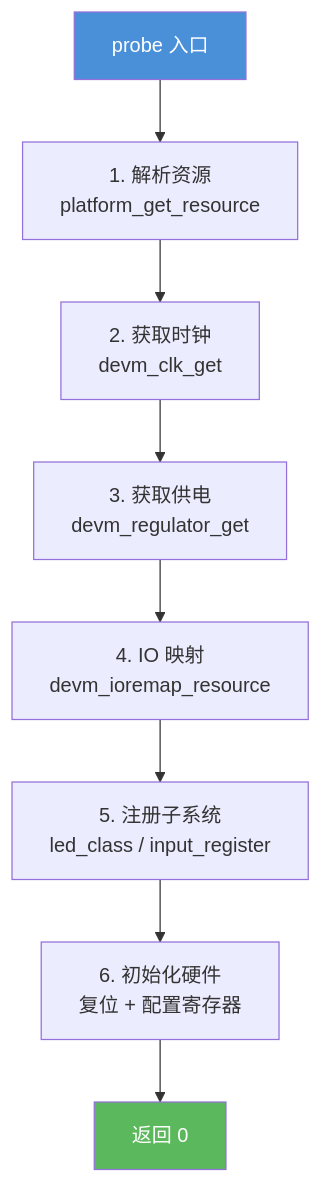
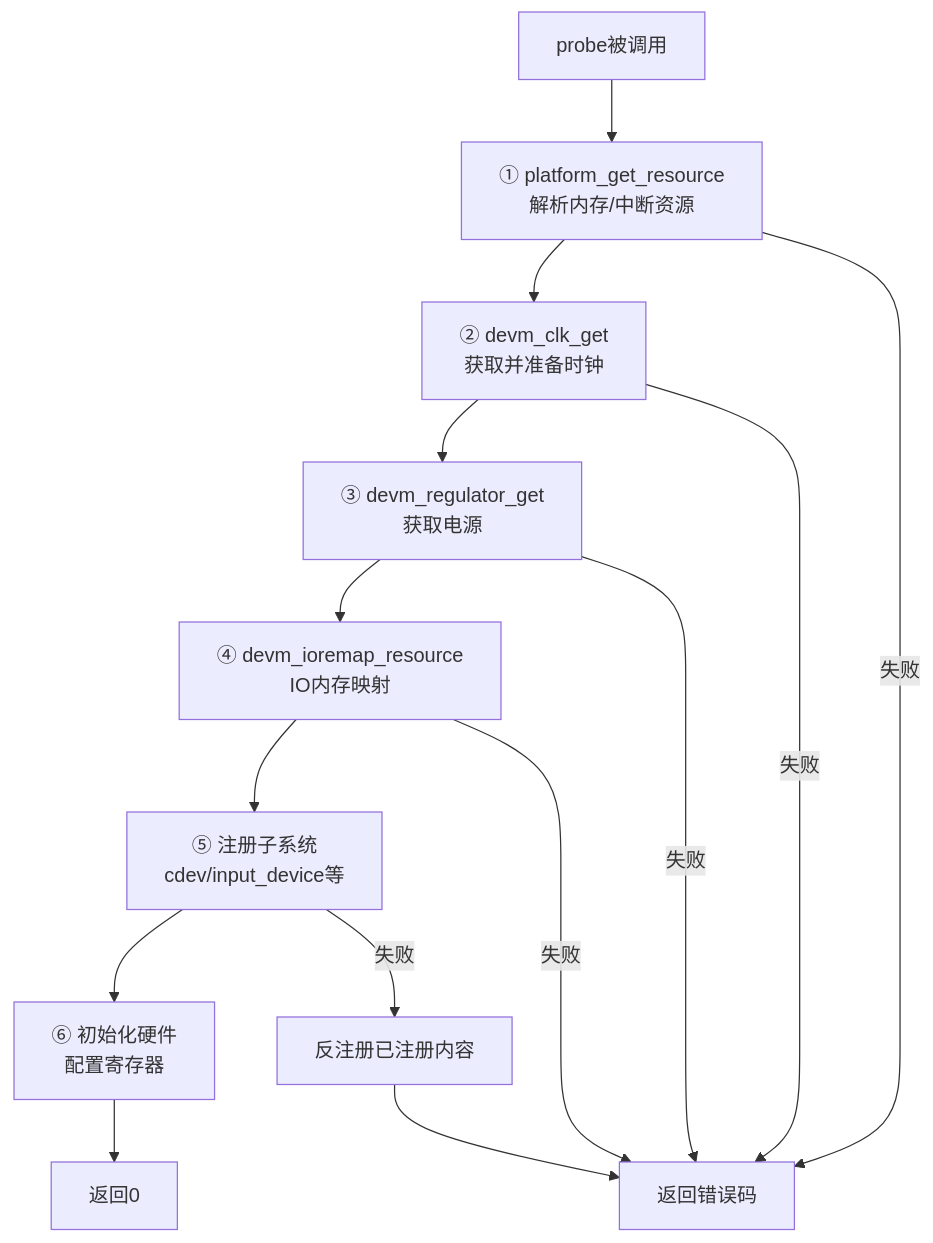
Before and after one commit to xiaohong0925/Embedded_Knowledge_System_V2026: the diagram in docs/02-核心机制深度解析/第11章 设备模型/11.2.3.md, drawn with Mermaid. The commit also changed other lines of this file and 19 other files, not shown here.

````diff
--- a/docs/02-核心机制深度解析/第11章 设备模型/11.2.3.md
+++ b/docs/02-核心机制深度解析/第11章 设备模型/11.2.3.md
@@ -17,12 +21,17 @@
 ```mermaid
 flowchart TD
-    A[probe 入口] --> B[1. 解析资源<br>platform_get_resource]
-    B --> C[2. 获取时钟<br>devm_clk_get]
-    C --> D[3. 获取供电<br>devm_regulator_get]
-    D --> E[4. IO 映射<br>devm_ioremap_resource]
-    E --> F[5. 注册子系统<br>led_class / input_register]
-    F --> G[6. 初始化硬件<br>复位 + 配置寄存器]
-    G --> H[返回 0]
-    style A fill:#4a90d9,color:#fff
-    style H fill:#5cb85c,color:#fff
+    A[probe被调用] --> B[① platform_get_resource<br/>解析内存/中断资源]
+    B --> C[② devm_clk_get<br/>获取并准备时钟]
+    C --> D[③ devm_regulator_get<br/>获取电源]
+    D --> E[④ devm_ioremap_resource<br/>IO内存映射]
+    E --> F[⑤ 注册子系统<br/>cdev/input_device等]
+    F --> G[⑥ 初始化硬件<br/>配置寄存器]
+    G --> H[返回0]
+    
+    B -->|失败| X[返回错误码]
+    C -->|失败| X
+    D -->|失败| X
+    E -->|失败| X
+    F -->|失败| Y[反注册已注册内容]
+    Y --> X
 ```
````
